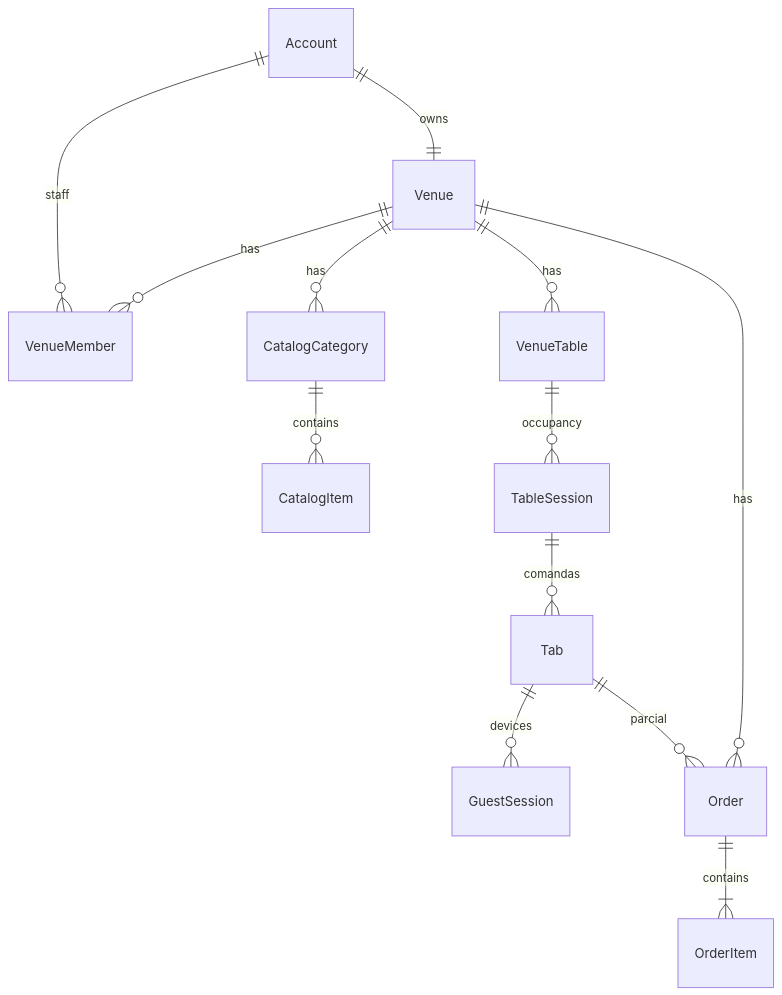
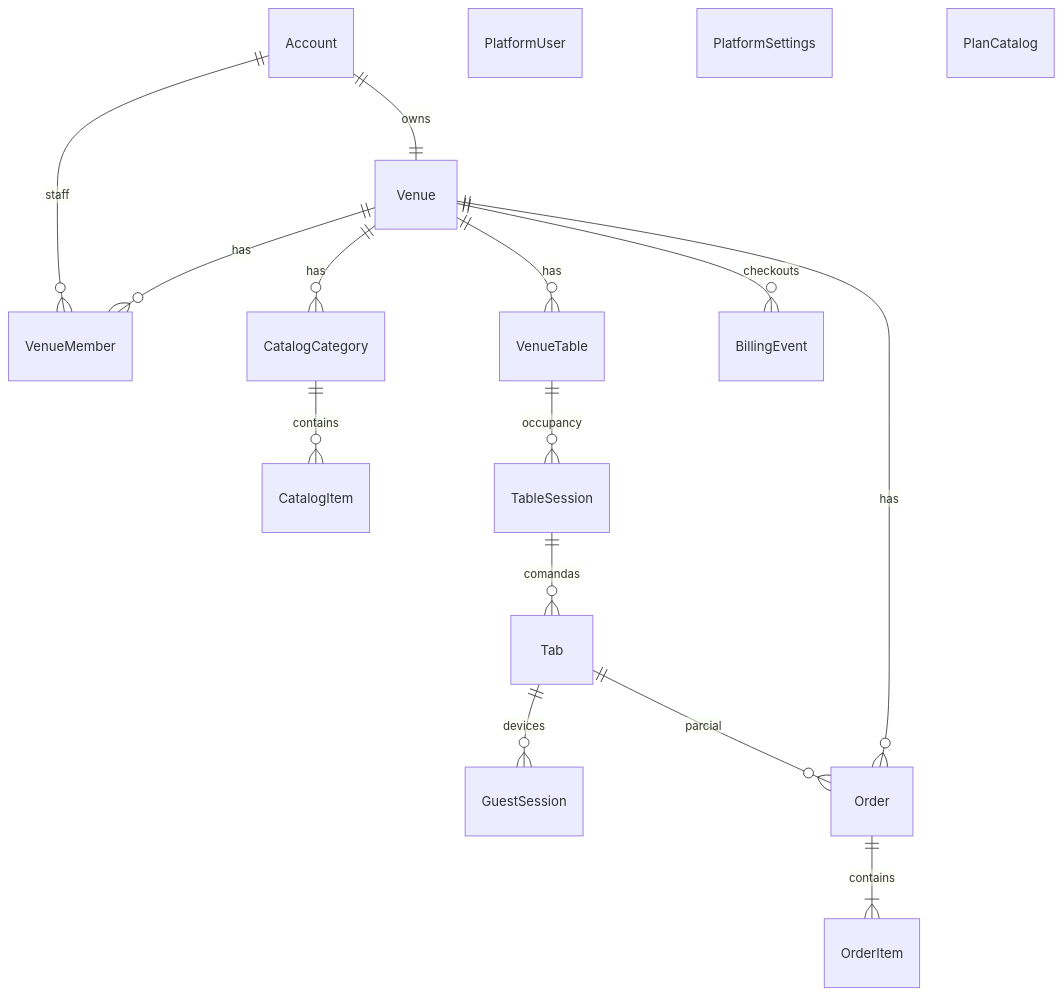
The diagram in docs/data/schema.md (filiperamosds/eaimesa), drawn with Mermaid before and after one commit. The commit also changed other lines of this file and 50 other files, not shown here.

````diff
--- a/docs/data/schema.md
+++ b/docs/data/schema.md
@@ -146,15 +175,19 @@
 ```mermaid
 erDiagram
   Account ||--|| Venue : owns
   Account ||--o{ VenueMember : staff
   Venue ||--o{ VenueMember : has
   Venue ||--o{ CatalogCategory : has
   CatalogCategory ||--o{ CatalogItem : contains
   Venue ||--o{ VenueTable : has
   VenueTable ||--o{ TableSession : occupancy
   TableSession ||--o{ Tab : comandas
   Tab ||--o{ GuestSession : devices
   Tab ||--o{ Order : parcial
   Venue ||--o{ Order : has
+  Venue ||--o{ BillingEvent : checkouts
   Order ||--|{ OrderItem : contains
+  PlatformUser
+  PlatformSettings
+  PlanCatalog
 ```
````
